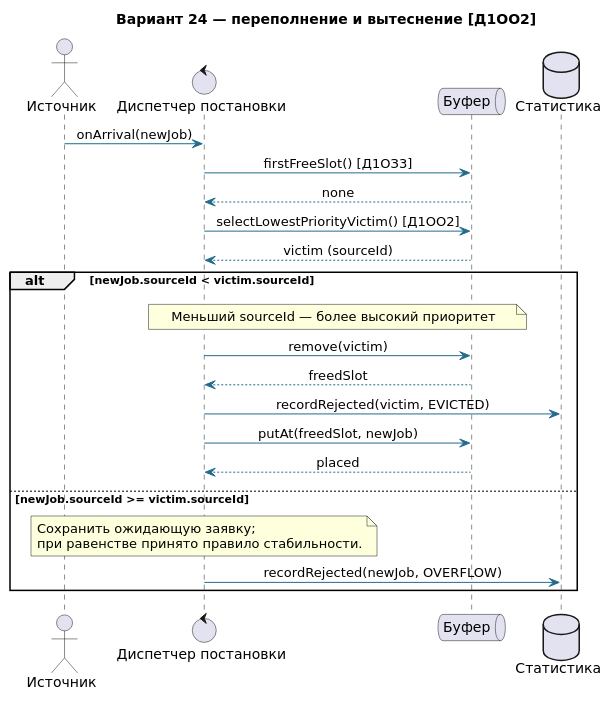
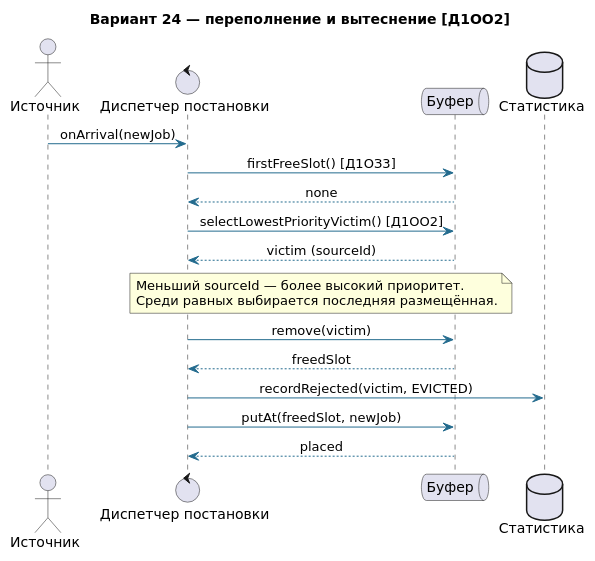
Before and after one commit to Expeline/APS_Lab: the diagram in diagrams/sequence/overflow.puml, drawn with PlantUML. The commit also changed 42 other files, not shown here.

```diff
--- a/diagrams/sequence/overflow.puml
+++ b/diagrams/sequence/overflow.puml
@@ -1,35 +1,30 @@
 @startuml
 !pragma teoz true
 skinparam backgroundColor white
 skinparam shadowing false
 skinparam defaultFontName DejaVu Sans
 skinparam sequenceMessageAlign center
 skinparam ArrowColor #236B8E
 skinparam ParticipantBorderColor #236B8E
 skinparam ParticipantBackgroundColor #EAF4FA
 
 title Вариант 24 — переполнение и вытеснение [Д1ОО2]
 actor Источник as S
 control "Диспетчер постановки" as DP
 queue "Буфер" as B
 database "Статистика" as ST
 S -> DP: onArrival(newJob)
 DP -> B: firstFreeSlot() [Д1ОЗ3]
 B --> DP: none
 DP -> B: selectLowestPriorityVictim() [Д1ОО2]
 B --> DP: victim (sourceId)
-alt newJob.sourceId < victim.sourceId
- note over DP,B: Меньший sourceId — более высокий приоритет
- DP -> B: remove(victim)
- B --> DP: freedSlot
- DP -> ST: recordRejected(victim, EVICTED)
- DP -> B: putAt(freedSlot, newJob)
- B --> DP: placed
-else newJob.sourceId >= victim.sourceId
- note over DP
- Сохранить ожидающую заявку;
- при равенстве принято правило стабильности.
- end note
- DP -> ST: recordRejected(newJob, OVERFLOW)
-end
+note over DP,B
+Меньший sourceId — более высокий приоритет.
+Среди равных выбирается последняя размещённая.
+end note
+DP -> B: remove(victim)
+B --> DP: freedSlot
+DP -> ST: recordRejected(victim, EVICTED)
+DP -> B: putAt(freedSlot, newJob)
+B --> DP: placed
 @enduml
```
